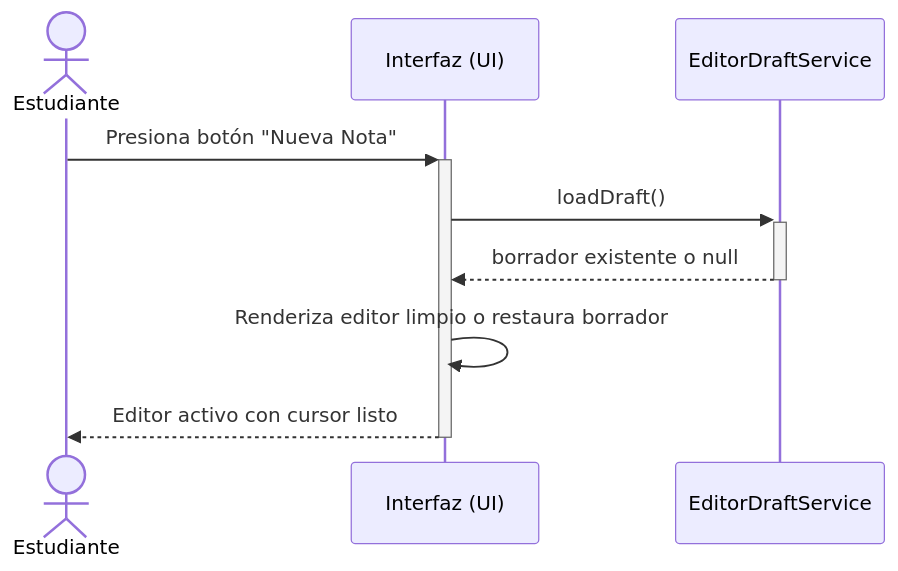
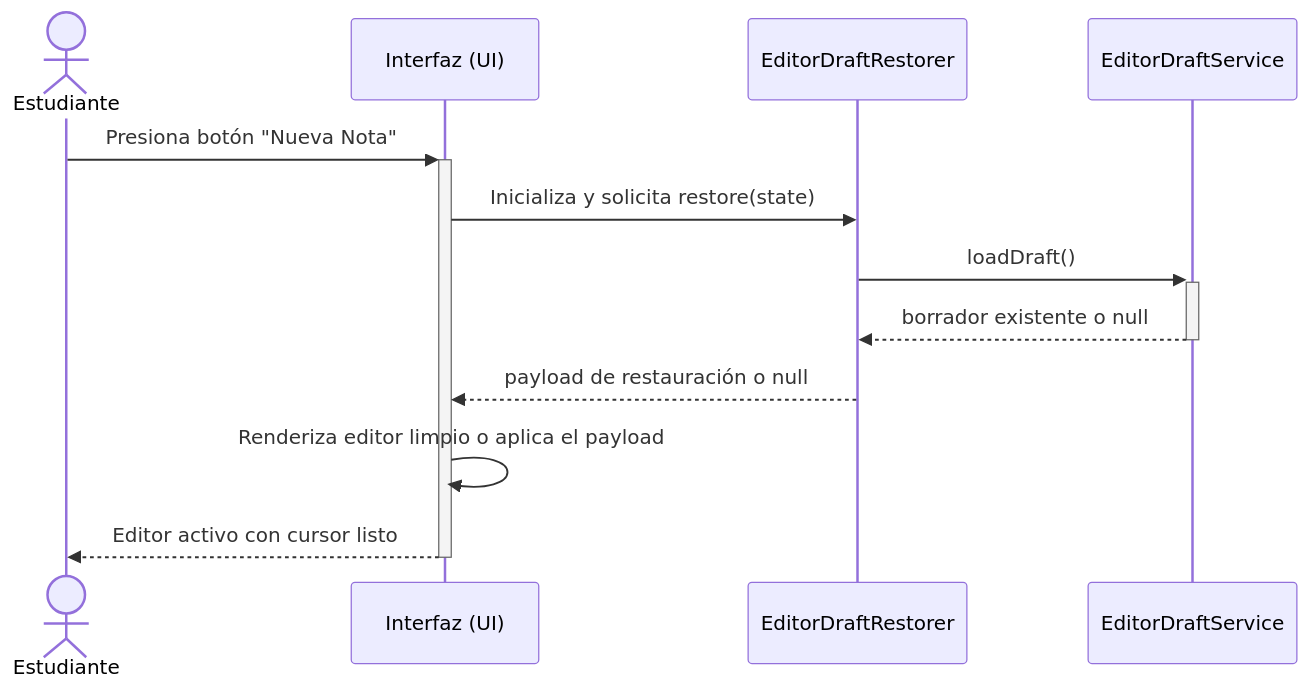
One commit to jdfesa/lumapse changed the first of 5 diagrams in docs/diagramas/secuencia-crear-nota.md. Above: the diagram before and after it, drawn with Mermaid. The commit also changed other lines of this file and 11 other files, not shown here.

Commit message:
docs(diagrams): synchronize UML and database schema diagrams with the current application state

````diff
--- a/docs/diagramas/secuencia-crear-nota.md
+++ b/docs/diagramas/secuencia-crear-nota.md
@@ -19,12 +21,15 @@
 ```mermaid
 sequenceDiagram
     actor EST as Estudiante
     participant UI as Interfaz (UI)
+    participant RESTORER as EditorDraftRestorer
     participant DRAFT as EditorDraftService
 
     EST ->>+ UI: Presiona botón "Nueva Nota"
-    UI ->>+ DRAFT: loadDraft()
-    DRAFT -->>- UI: borrador existente o null
-    UI ->> UI: Renderiza editor limpio o restaura borrador
+    UI ->> RESTORER: Inicializa y solicita restore(state)
+    RESTORER ->>+ DRAFT: loadDraft()
+    DRAFT -->>- RESTORER: borrador existente o null
+    RESTORER -->> UI: payload de restauración o null
+    UI ->> UI: Renderiza editor limpio o aplica el payload
     UI -->>- EST: Editor activo con cursor listo
 ```
````
